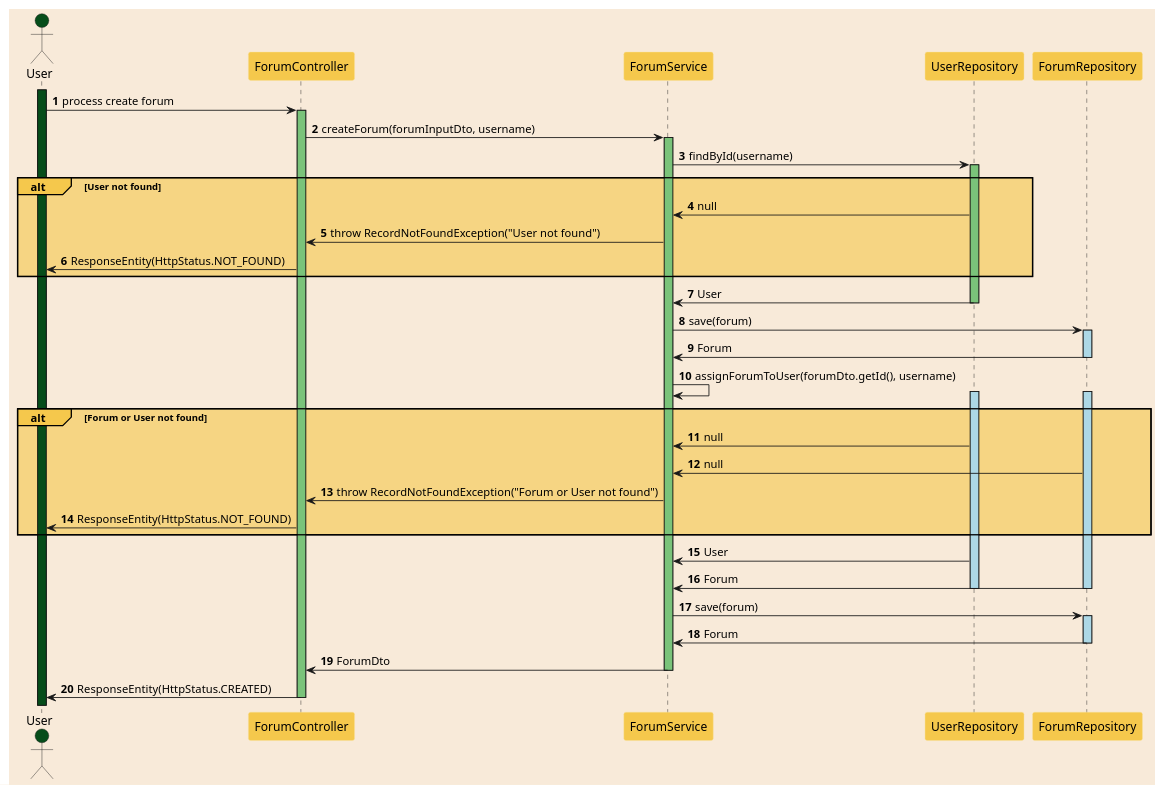
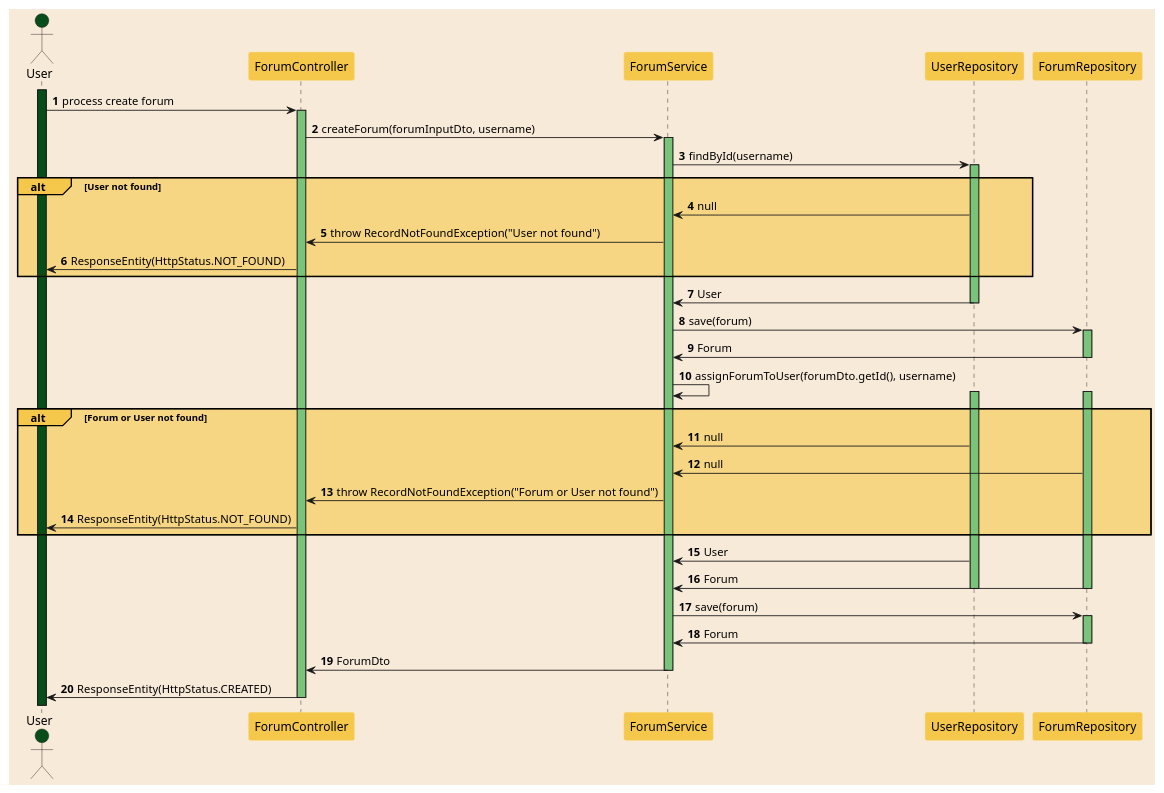
The diagram in src/main/resources/CreateForumSequenceDiagram.puml (TamaraDeBeer/Backend-AutiWomen), drawn with PlantUML before and after one commit. The commit also changed 3 other files, not shown here.

```diff
--- a/src/main/resources/CreateForumSequenceDiagram.puml
+++ b/src/main/resources/CreateForumSequenceDiagram.puml
@@ -1,70 +1,70 @@
 @startuml
 'https://plantuml.com/sequence-diagram
 
 autonumber
 
 skinparam sequence {
     ParticipantBackgroundColor #F5C84C
     ParticipantBorderColor #F7E19A
 }
 
 skinparam {
     BackgroundColor #F8EAD9
     BorderColor #F8EAD9
 }
 
 actor User #064D1A
 activate User #064D1A
 
 User -> ForumController : process create forum
 activate ForumController #7AC37A
 
 ForumController -> ForumService : createForum(forumInputDto, username)
 activate ForumService #7AC37A
 
 ForumService -> UserRepository : findById(username)
 activate UserRepository #7AC37A
 
 alt#F5C84C #F5C84C99 User not found
     UserRepository -> ForumService : null
     ForumService -> ForumController : throw RecordNotFoundException("User not found")
     ForumController -> User : ResponseEntity(HttpStatus.NOT_FOUND)
 end
 
 UserRepository -> ForumService : User
 deactivate UserRepository
 
 ForumService -> ForumRepository : save(forum)
-activate ForumRepository #lightblue
+activate ForumRepository #7AC37A
 
 ForumRepository -> ForumService : Forum
 deactivate ForumRepository
 
 ForumService -> ForumService : assignForumToUser(forumDto.getId(), username)
-activate UserRepository #lightblue
-activate ForumRepository #lightblue
+activate UserRepository #7AC37A
+activate ForumRepository #7AC37A
 
 alt#F5C84C #F5C84C99 Forum or User not found
     UserRepository -> ForumService : null
     ForumRepository -> ForumService : null
     ForumService -> ForumController : throw RecordNotFoundException("Forum or User not found")
     ForumController -> User : ResponseEntity(HttpStatus.NOT_FOUND)
 end
 
 UserRepository -> ForumService : User
 ForumRepository -> ForumService : Forum
 deactivate UserRepository
 deactivate ForumRepository
 
 ForumService -> ForumRepository : save(forum)
-activate ForumRepository #lightblue
+activate ForumRepository #7AC37A
 ForumRepository -> ForumService : Forum
 deactivate ForumRepository
 
 ForumService -> ForumController : ForumDto
 deactivate ForumService
 
 ForumController -> User : ResponseEntity(HttpStatus.CREATED)
 deactivate ForumController
 
 @enduml
```
